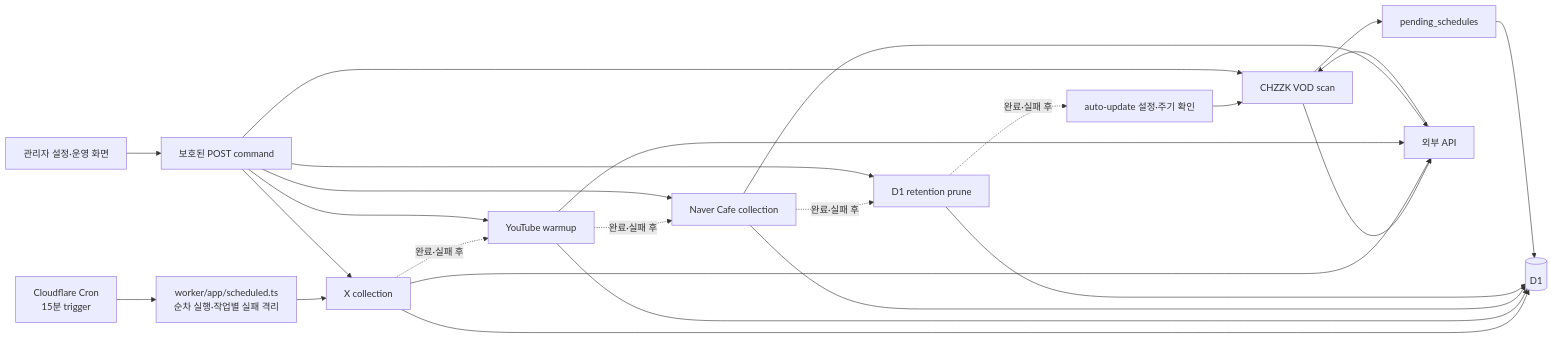
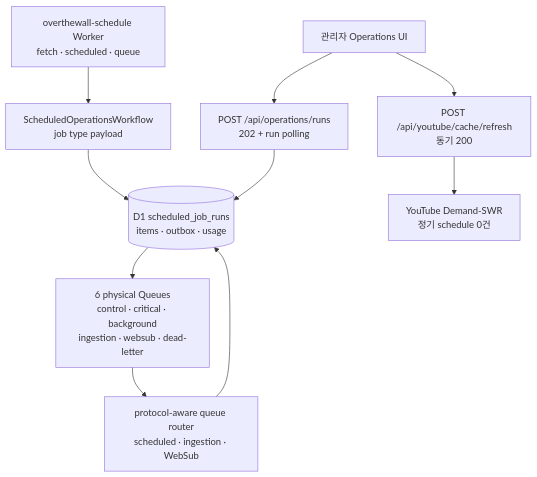
One commit to rlatmfrl24/overthewall-schedule changed the ninth of 10 diagrams in docs/architecture.md. Above: the diagram before and after it, drawn with Mermaid. The commit also changed other lines of this file and 146 other files, not shown here.

First line of the commit message:
Stabilize scheduled operations and YouTube demand cache (#93)

````diff
--- a/docs/architecture.md
+++ b/docs/architecture.md
@@ -583,41 +599,22 @@
 ```mermaid
-flowchart LR
-  cron["Cloudflare Cron<br/>15분 trigger"]
-  scheduled["worker/app/scheduled.ts<br/>순차 실행·작업별 실패 격리"]
-  x["X collection"]
-  youtube["YouTube warmup"]
-  cafe["Naver Cafe collection"]
-  retention["D1 retention prune"]
-  autoSetting["auto-update 설정·주기 확인"]
-  vod["CHZZK VOD scan"]
-  pending["pending_schedules"]
-  d1[("D1")]
-  external["외부 API"]
-  admin["관리자 설정·운영 화면"]
-  command["보호된 POST command"]
+flowchart TB
+  runtime["overthewall-schedule Worker<br/>fetch · scheduled · queue"]
+  workflows["ScheduledOperationsWorkflow<br/>job type payload"]
+  state[("D1 scheduled_job_runs<br/>items · outbox · usage")]
+  queues["6 physical Queues<br/>control · critical · background<br/>ingestion · websub · dead-letter"]
+  executor["protocol-aware queue router<br/>scheduled · ingestion · WebSub"]
+  admin["관리자 Operations UI"]
+  command["POST /api/operations/runs<br/>202 + run polling"]
+  youtube["YouTube Demand-SWR<br/>정기 schedule 0건"]
+  youtubeManual["POST /api/youtube/cache/refresh<br/>동기 200"]
 
-  cron --> scheduled
-  scheduled --> x
-  x -. "완료·실패 후" .-> youtube
-  youtube -. "완료·실패 후" .-> cafe
-  cafe -. "완료·실패 후" .-> retention
-  retention -. "완료·실패 후" .-> autoSetting
-  autoSetting --> vod
-  vod --> external
-  external --> vod
-  vod --> pending
-  x --> external
-  youtube --> external
-  cafe --> external
-  x --> d1
-  youtube --> d1
-  cafe --> d1
-  retention --> d1
-  pending --> d1
+  runtime --> workflows
+  workflows --> state
+  state --> queues
+  queues --> executor
+  executor --> state
   admin --> command
-  command --> x
-  command --> youtube
-  command --> cafe
-  command --> retention
-  command --> vod
+  command --> state
+  admin --> youtubeManual
+  youtubeManual --> youtube
 ```
````
